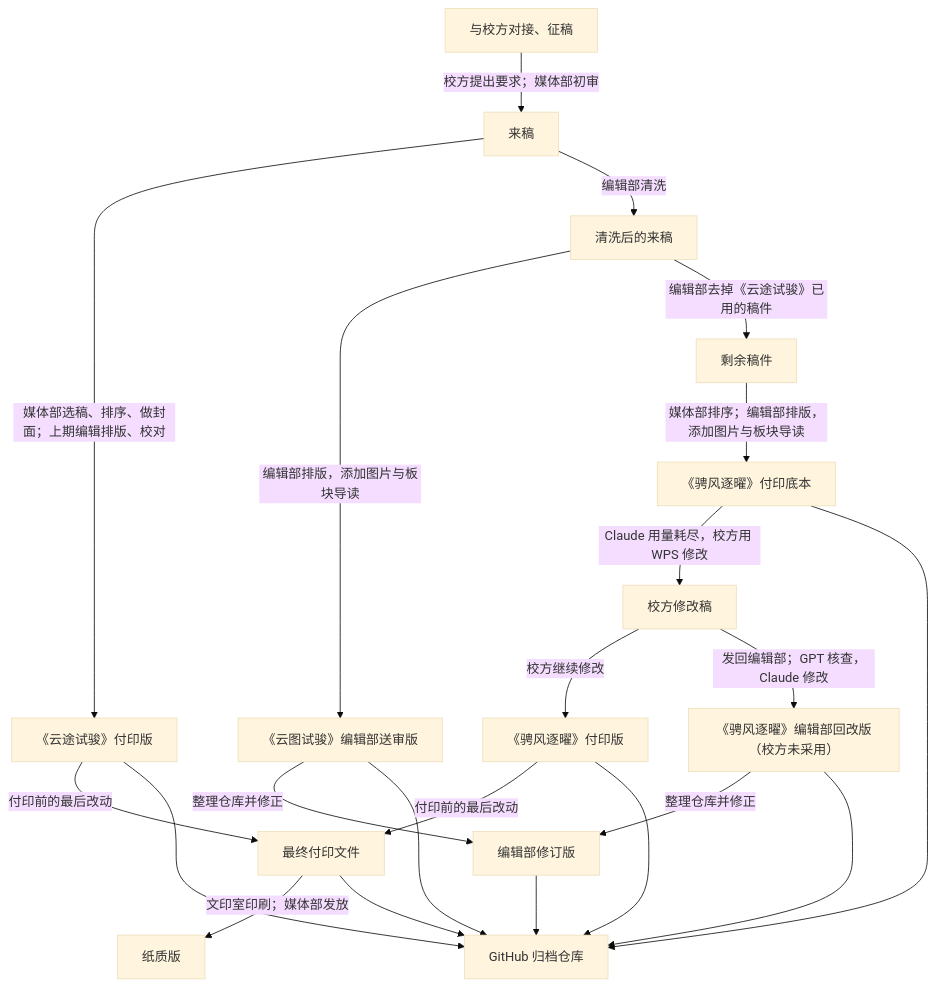
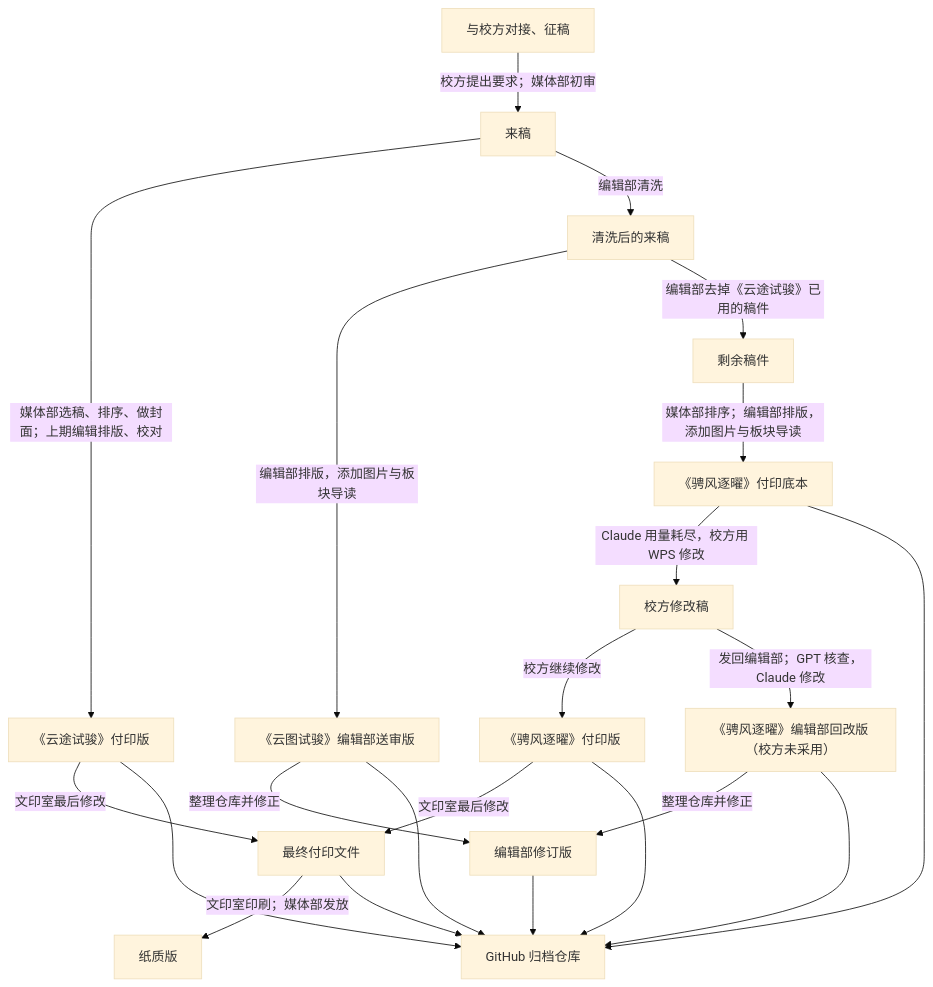
One commit to Yinzhou-High-School-Campus-Journal/Sports-Day-Issues-2026 changed the diagram in README.md. Above: the diagram before and after it, drawn with Mermaid (base theme). The commit also changed other lines of this file and 1 other file, not shown here.

````diff
--- a/README.md
+++ b/README.md
@@ -40,20 +40,20 @@
 ```mermaid
 flowchart TD
     S["与校方对接、征稿"] -->|"校方提出要求；媒体部初审"| A["来稿"]
 
     A -->|"媒体部选稿、排序、做封面；上期编辑排版、校对"| B["《云途试骏》付印版"]
     A -->|"编辑部清洗"| C["清洗后的来稿"]
 
     C -->|"编辑部排版，添加图片与板块导读"| D["《云图试骏》编辑部送审版"]
     C -->|"编辑部去掉《云途试骏》已用的稿件"| E["剩余稿件"]
 
     E -->|"媒体部排序；编辑部排版，添加图片与板块导读"| F["《骋风逐曜》付印底本"]
     F -->|"Claude 用量耗尽，校方用 WPS 修改"| G1["校方修改稿"]
     G1 -->|"校方继续修改"| G["《骋风逐曜》付印版"]
     G1 -->|"发回编辑部；GPT 核查，Claude 修改"| K["《骋风逐曜》编辑部回改版（校方未采用）"]
 
-    B & G -->|"付印前的最后改动"| P["最终付印文件"]
+    B & G -->|"文印室最后修改"| P["最终付印文件"]
     P -->|"文印室印刷；媒体部发放"| H["纸质版"]
     D & K -->|"整理仓库并修正"| J["编辑部修订版"]
     B & D & F & G & K & P & J --> I["GitHub 归档仓库"]
 ```
````
